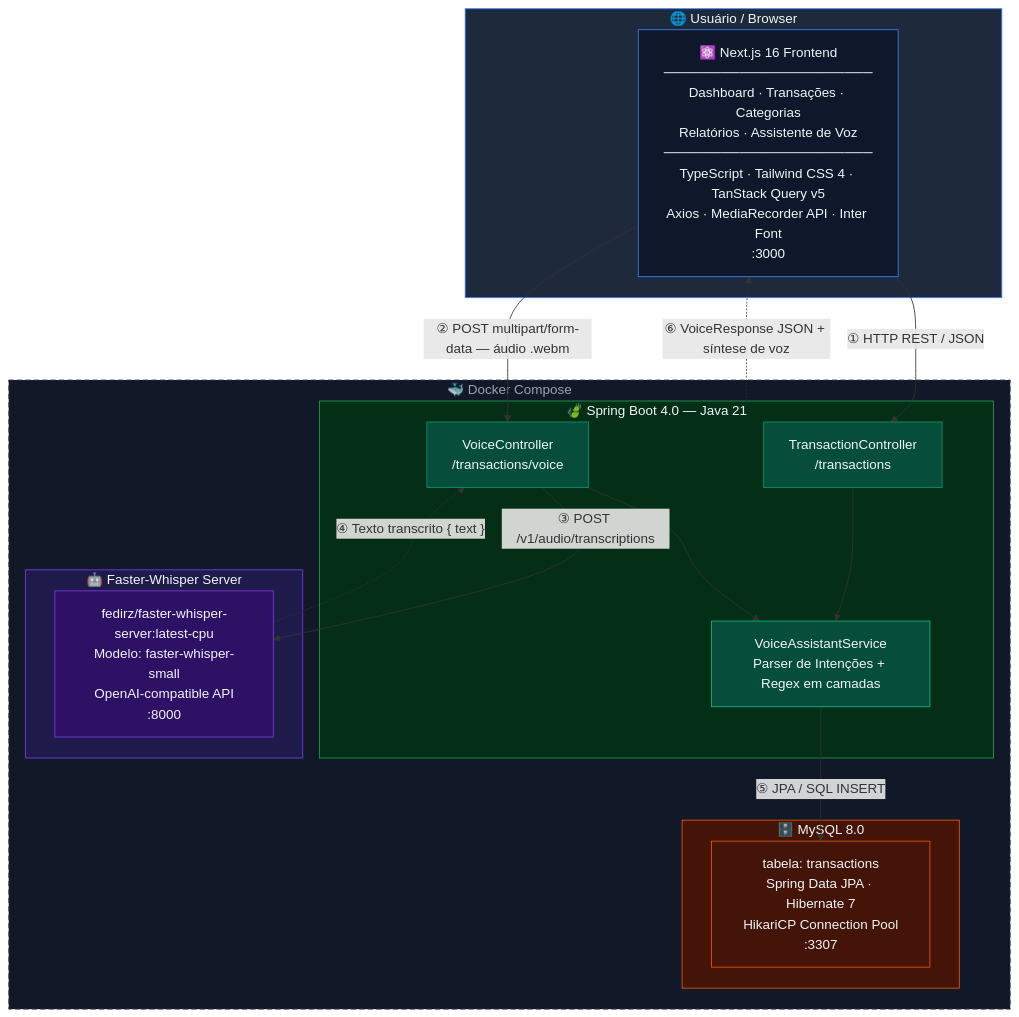
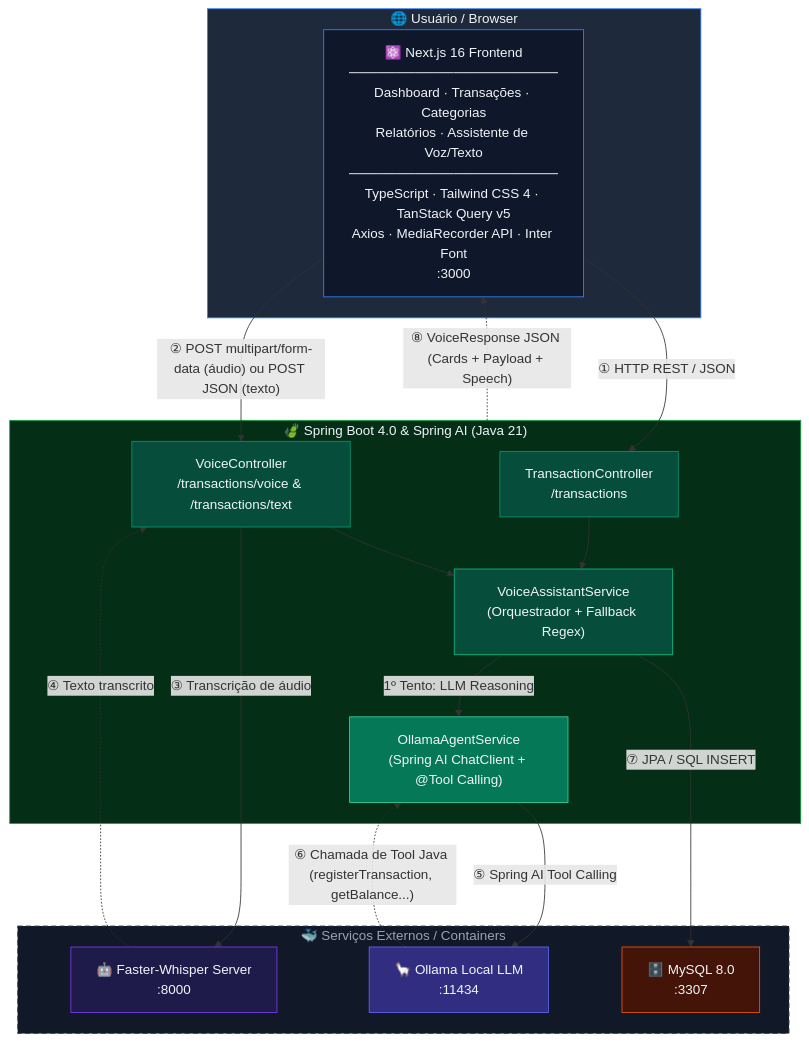
One commit to gabrielmdujardin/budgetingAI changed the diagram in README.md. Above: the diagram before and after it, drawn with Mermaid. The commit also changed other lines of this file and 69 other files, not shown here.

````diff
--- a/README.md
+++ b/README.md
@@ -58,43 +62,44 @@
 ```mermaid
 flowchart TD
     subgraph BROWSER["🌐 Usuário / Browser"]
-        FE["⚛️ Next.js 16 Frontend\n──────────────────────\nDashboard · Transações · Categorias\nRelatórios · Assistente de Voz\n──────────────────────\nTypeScript · Tailwind CSS 4 · TanStack Query v5\nAxios · MediaRecorder API · Inter Font\n:3000"]
+        FE["⚛️ Next.js 16 Frontend\n──────────────────────\nDashboard · Transações · Categorias\nRelatórios · Assistente de Voz/Texto\n──────────────────────\nTypeScript · Tailwind CSS 4 · TanStack Query v5\nAxios · MediaRecorder API · Inter Font\n:3000"]
     end
 
-    subgraph DOCKER["🐳 Docker Compose"]
-        subgraph BE["🍃 Spring Boot 4.0 — Java 21"]
-            TC["TransactionController\n/transactions"]
-            VC["VoiceController\n/transactions/voice"]
-            VAS["VoiceAssistantService\nParser de Intenções + Regex em camadas"]
-            TC --> VAS
-            VC --> VAS
-        end
+    subgraph BACKEND["🍃 Spring Boot 4.0 & Spring AI (Java 21)"]
+        TC["TransactionController\n/transactions"]
+        VC["VoiceController\n/transactions/voice & /transactions/text"]
+        VAS["VoiceAssistantService\n(Orquestrador + Fallback Regex)"]
+        OAS["OllamaAgentService\n(Spring AI ChatClient + @Tool Calling)"]
+        
+        TC --> VAS
+        VC --> VAS
+        VAS -->|"1º Tento: LLM Reasoning"| OAS
+    end
 
-        subgraph AI["🤖 Faster-Whisper Server"]
-            WH["fedirz/faster-whisper-server:latest-cpu\nModelo: faster-whisper-small\nOpenAI-compatible API\n:8000"]
-        end
-
-        subgraph DB["🗄️ MySQL 8.0"]
-            MY["tabela: transactions\nSpring Data JPA · Hibernate 7\nHikariCP Connection Pool\n:3307"]
-        end
+    subgraph SERVICES["🐳 Serviços Externos / Containers"]
+        AI["🤖 Faster-Whisper Server\n:8000"]
+        OLLAMA["🦙 Ollama Local LLM\n:11434"]
+        DB["🗄️ MySQL 8.0\n:3307"]
     end
 
     FE -->|"① HTTP REST / JSON"| TC
-    FE -->|"② POST multipart/form-data — áudio .webm"| VC
-    VC -->|"③ POST /v1/audio/transcriptions"| WH
-    WH -.->|"④ Texto transcrito { text }"| VC
-    VAS -->|"⑤ JPA / SQL INSERT"| MY
-    BE -.->|"⑥ VoiceResponse JSON + síntese de voz"| FE
+    FE -->|"② POST multipart/form-data (áudio) ou POST JSON (texto)"| VC
+    VC -->|"③ Transcrição de áudio"| AI
+    AI -.->|"④ Texto transcrito"| VC
+    OAS -->|"⑤ Spring AI Tool Calling"| OLLAMA
+    OLLAMA -.->|"⑥ Chamada de Tool Java (registerTransaction, getBalance...)"| OAS
+    VAS -->|"⑦ JPA / SQL INSERT"| DB
+    BACKEND -.->|"⑧ VoiceResponse JSON (Cards + Payload + Speech)"| FE
 
     style BROWSER fill:#1e293b,stroke:#3b82f6,color:#f1f5f9
-    style DOCKER fill:#111827,stroke:#374151,stroke-dasharray:6 4,color:#9ca3af
-    style BE fill:#052e16,stroke:#16a34a,color:#f1f5f9
-    style AI fill:#1e1b4b,stroke:#7c3aed,color:#f1f5f9
-    style DB fill:#431407,stroke:#ea580c,color:#f1f5f9
+    style BACKEND fill:#052e16,stroke:#16a34a,color:#f1f5f9
+    style SERVICES fill:#111827,stroke:#374151,stroke-dasharray:6 4,color:#9ca3af
     style FE fill:#0f172a,stroke:#3b82f6,color:#f1f5f9
     style TC fill:#064e3b,stroke:#059669,color:#f1f5f9
     style VC fill:#064e3b,stroke:#059669,color:#f1f5f9
     style VAS fill:#064e3b,stroke:#10b981,color:#f1f5f9
-    style WH fill:#2e1065,stroke:#7c3aed,color:#f1f5f9
-    style MY fill:#431407,stroke:#ea580c,color:#f1f5f9
+    style OAS fill:#047857,stroke:#34d399,color:#f1f5f9
+    style AI fill:#1e1b4b,stroke:#7c3aed,color:#f1f5f9
+    style OLLAMA fill:#312e81,stroke:#6366f1,color:#f1f5f9
+    style DB fill:#431407,stroke:#ea580c,color:#f1f5f9
 ```
````
